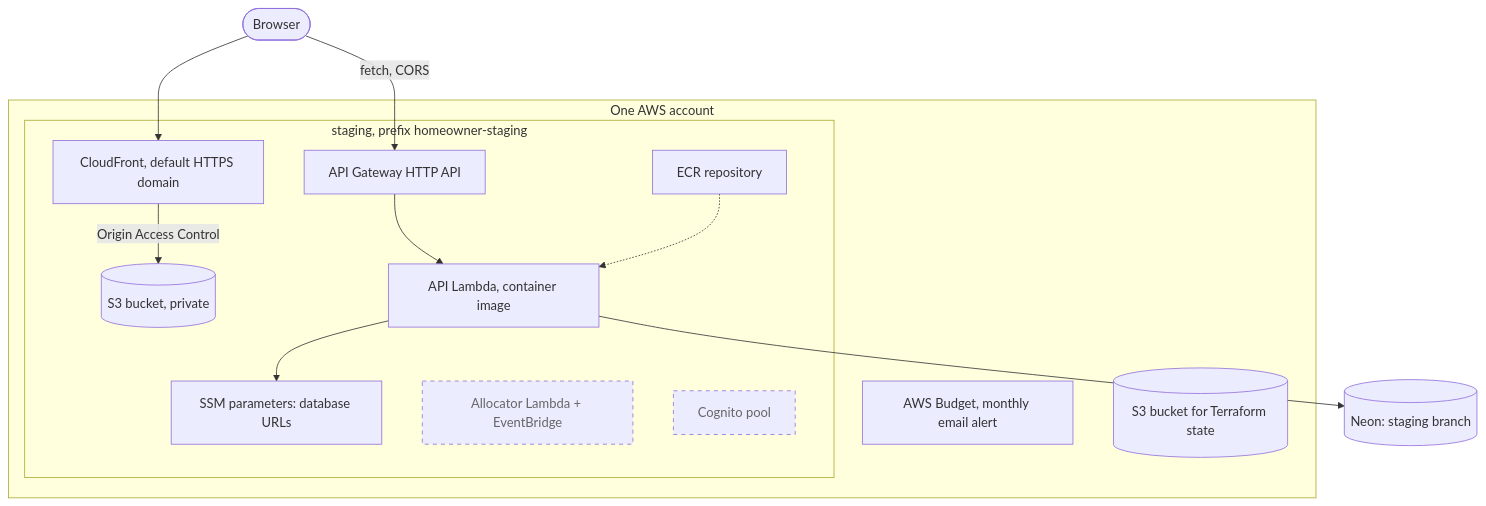
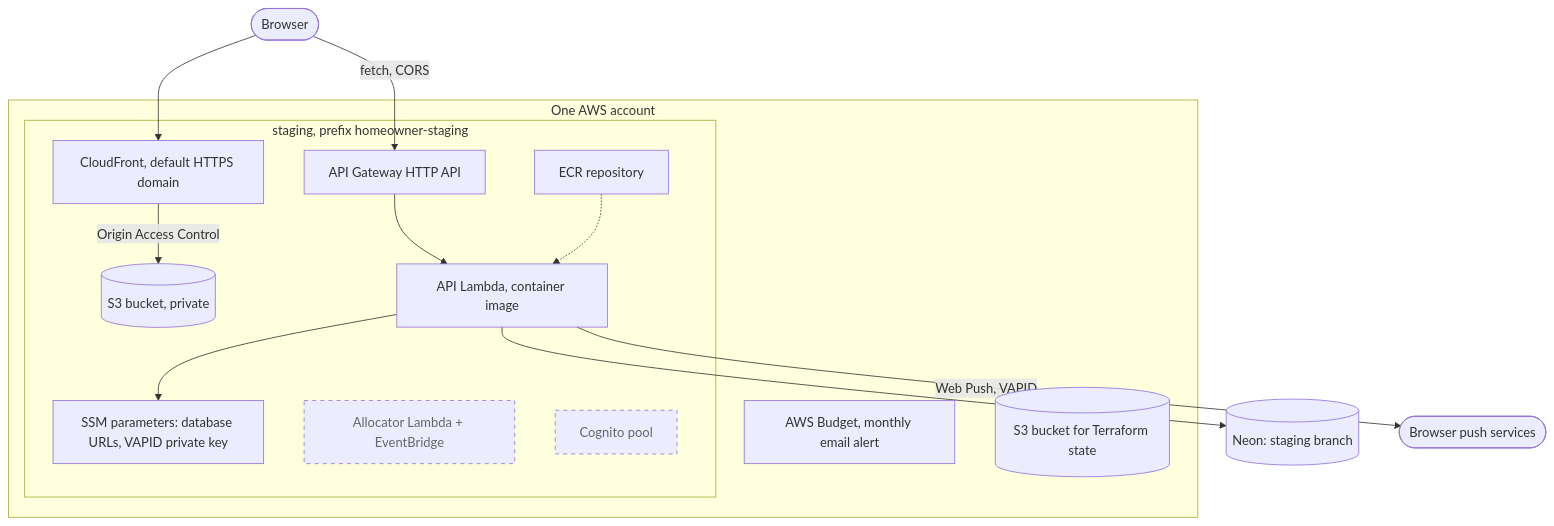
The first of 2 diagrams in docs/architecture/infrastructure.md (AbnerWillclefy/Homeowner), drawn with Mermaid before and after one commit. The commit also changed other lines of this file and 7 other files, not shown here.

Commit message:
feat(infra): pass vapid settings to the api and document the key steps

````diff
--- a/docs/architecture/infrastructure.md
+++ b/docs/architecture/infrastructure.md
@@ -15,27 +15,28 @@
 ```mermaid
 flowchart TB
     user(["Browser"])
     subgraph aws["One AWS account"]
       subgraph stg["staging, prefix homeowner-staging"]
         cf["CloudFront, default HTTPS domain"]
         s3[("S3 bucket, private")]
         apigw["API Gateway HTTP API"]
         fn["API Lambda, container image"]
         ecr["ECR repository"]
-        ssm["SSM parameters: database URLs"]
+        ssm["SSM parameters: database URLs, VAPID private key"]
         alloc["Allocator Lambda + EventBridge"]:::p
         cog["Cognito pool"]:::p
       end
       bud["AWS Budget, monthly email alert"]
       tf[("S3 bucket for Terraform state")]
     end
     neon[("Neon: staging branch")]
     user --> cf
     cf -- "Origin Access Control" --> s3
     user -- "fetch, CORS" --> apigw
     apigw --> fn
     ecr -.-> fn
     fn --> ssm
     fn --> neon
+    fn -- "Web Push, VAPID" --> push(["Browser push services"])
     classDef p stroke-dasharray: 5 5,color:#666
 ```
````
